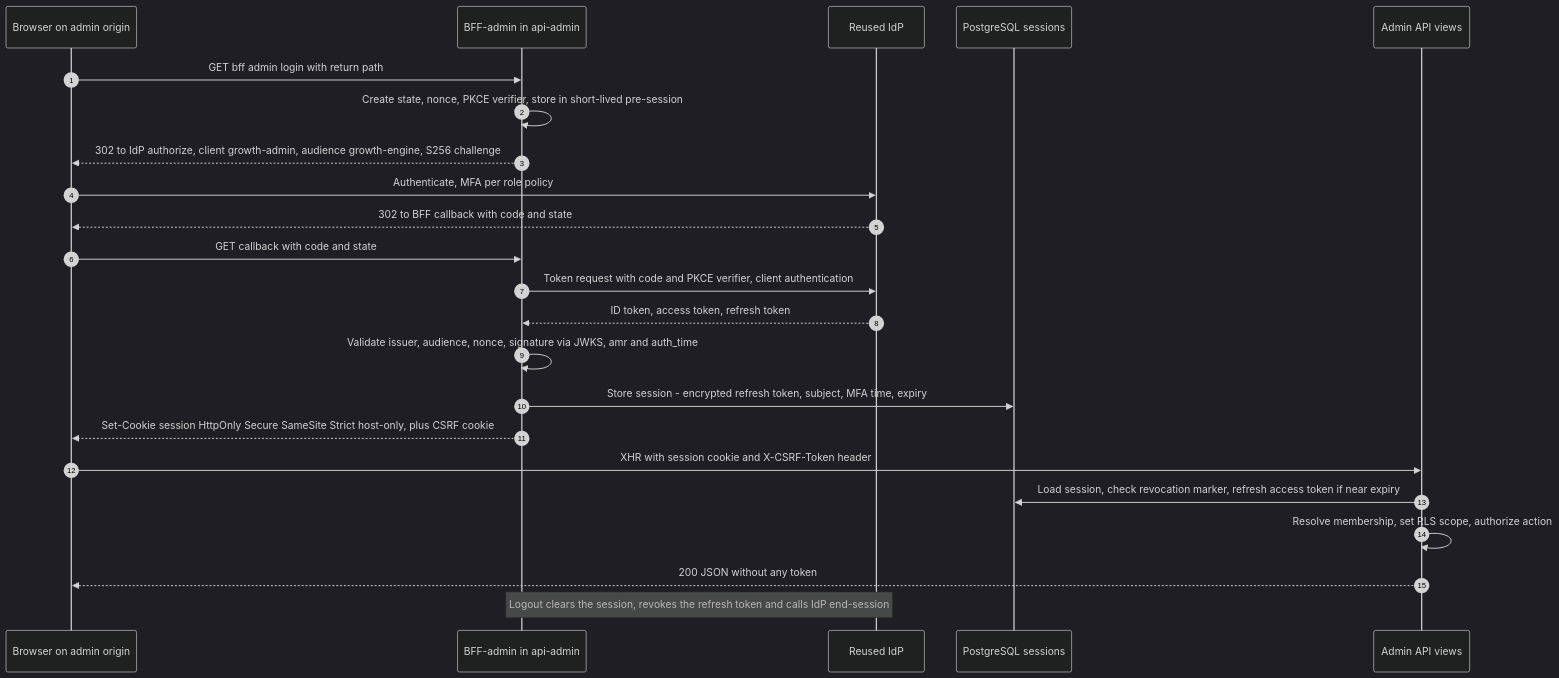
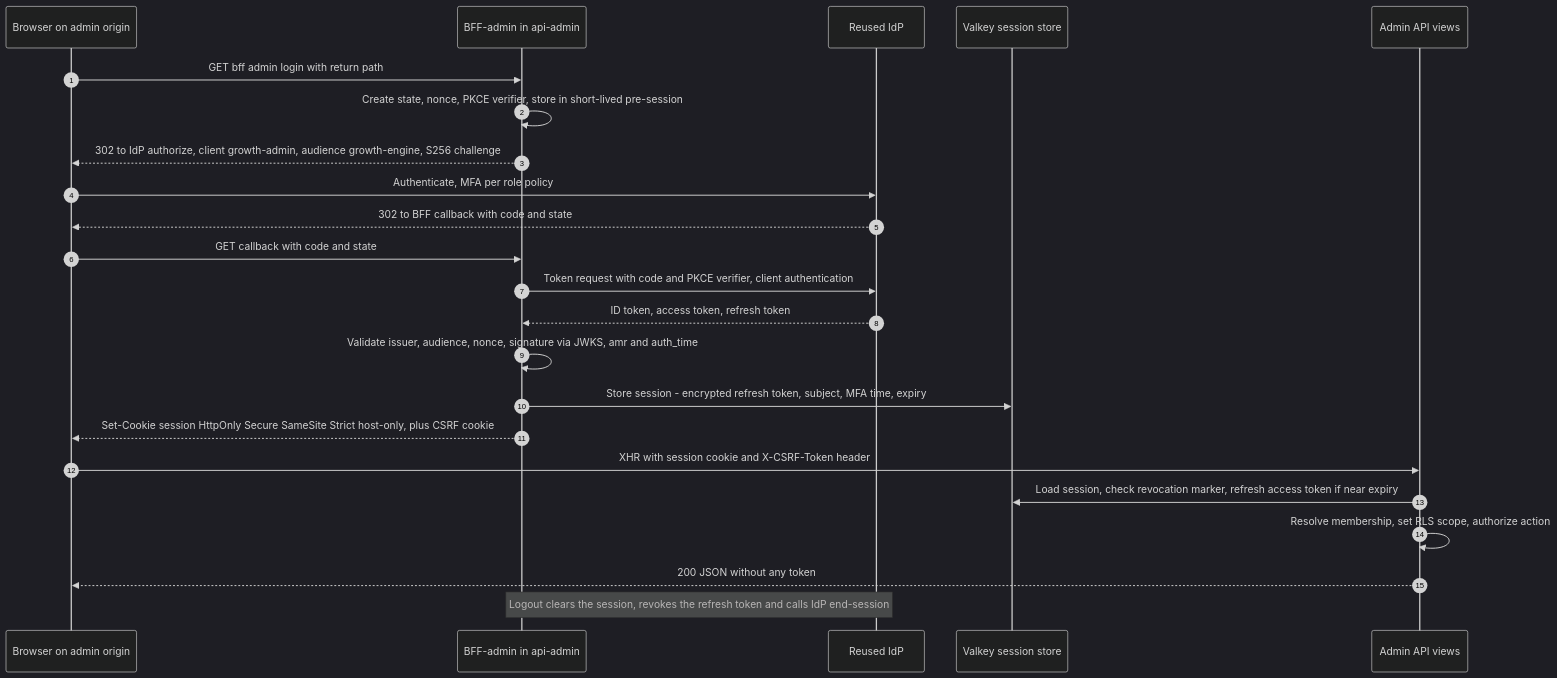
Diagram 19 of 19 in blueprint/Part-03-1_Architecture.md (vishnukeerthi0428-ctrl/Allinonecalculator), drawn with Mermaid (dark theme) before and after one commit. The commit also changed other lines of this file and 1 other file, not shown here.

````diff
--- a/blueprint/Part-03-1_Architecture.md
+++ b/blueprint/Part-03-1_Architecture.md
@@ -1139,25 +1140,25 @@
 ```mermaid
 sequenceDiagram
   autonumber
   participant BR as Browser on admin origin
   participant BFF as BFF-admin in api-admin
   participant IDP as Reused IdP
-  participant DB as PostgreSQL sessions
+  participant DB as Valkey session store
   participant API as Admin API views
   BR->>BFF: GET bff admin login with return path
   BFF->>BFF: Create state, nonce, PKCE verifier, store in short-lived pre-session
   BFF-->>BR: 302 to IdP authorize, client growth-admin, audience growth-engine, S256 challenge
   BR->>IDP: Authenticate, MFA per role policy
   IDP-->>BR: 302 to BFF callback with code and state
   BR->>BFF: GET callback with code and state
   BFF->>IDP: Token request with code and PKCE verifier, client authentication
   IDP-->>BFF: ID token, access token, refresh token
   BFF->>BFF: Validate issuer, audience, nonce, signature via JWKS, amr and auth_time
   BFF->>DB: Store session - encrypted refresh token, subject, MFA time, expiry
   BFF-->>BR: Set-Cookie session HttpOnly Secure SameSite Strict host-only, plus CSRF cookie
   BR->>API: XHR with session cookie and X-CSRF-Token header
   API->>DB: Load session, check revocation marker, refresh access token if near expiry
   API->>API: Resolve membership, set RLS scope, authorize action
   API-->>BR: 200 JSON without any token
   Note over BFF,IDP: Logout clears the session, revokes the refresh token and calls IdP end-session
 ```
````
